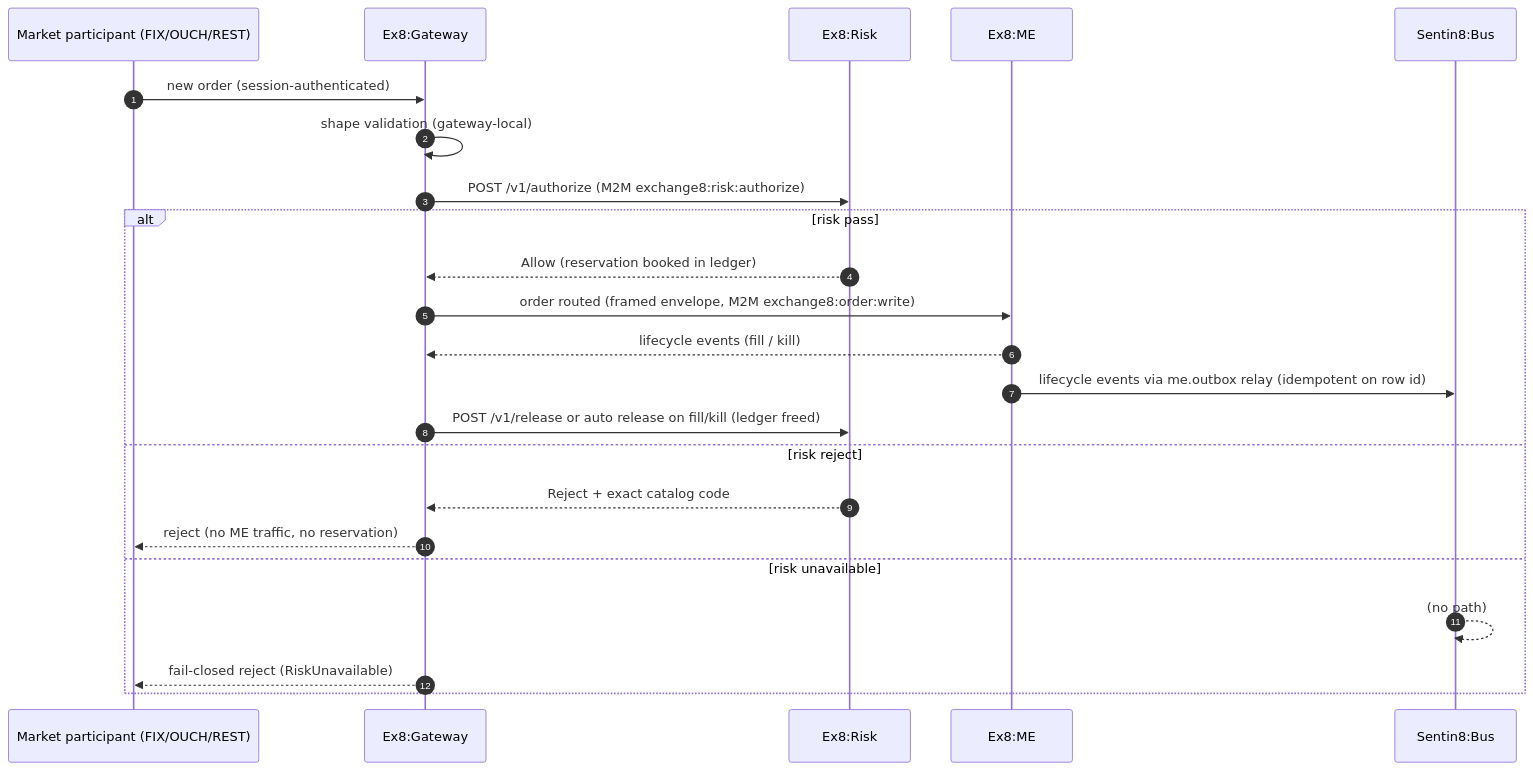
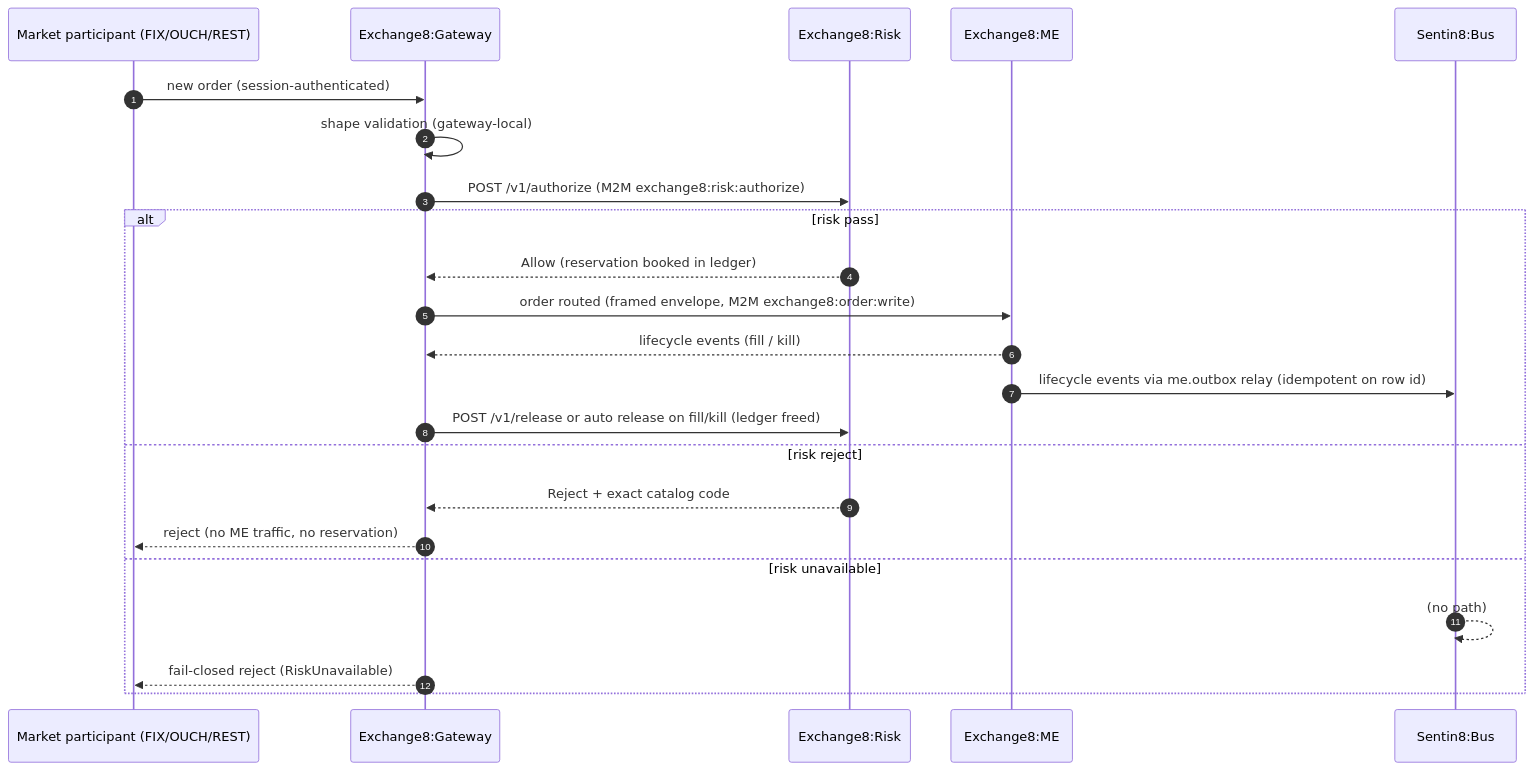
The ninth of 14 diagrams in DESIGN.md (Exchange8-dev/exchange8-risk), drawn with Mermaid before and after one commit. The commit also changed other lines of this file and 10 other files, not shown here.

````diff
--- a/DESIGN.md
+++ b/DESIGN.md
@@ -359,25 +359,25 @@
 ```mermaid
 sequenceDiagram
     autonumber
     participant CLI as Market participant (FIX/OUCH/REST)
-    participant GWY as Ex8:Gateway
-    participant RKS as Ex8:Risk
-    participant MES as Ex8:ME
+    participant GWY as Exchange8:Gateway
+    participant RKS as Exchange8:Risk
+    participant MES as Exchange8:ME
     participant BUSX as Sentin8:Bus
     CLI->>GWY: new order (session-authenticated)
     GWY->>GWY: shape validation (gateway-local)
     GWY->>RKS: POST /v1/authorize (M2M exchange8:risk:authorize)
     alt risk pass
         RKS-->>GWY: Allow (reservation booked in ledger)
         GWY->>MES: order routed (framed envelope, M2M exchange8:order:write)
         MES-->>GWY: lifecycle events (fill / kill)
         MES->>BUSX: lifecycle events via me.outbox relay (idempotent on row id)
         GWY->>RKS: POST /v1/release or auto release on fill/kill (ledger freed)
     else risk reject
         RKS-->>GWY: Reject + exact catalog code
         GWY-->>CLI: reject (no ME traffic, no reservation)
     else risk unavailable
         BUSX-->>BUSX: (no path)
         GWY-->>CLI: fail-closed reject (RiskUnavailable)
     end
 ```
````
